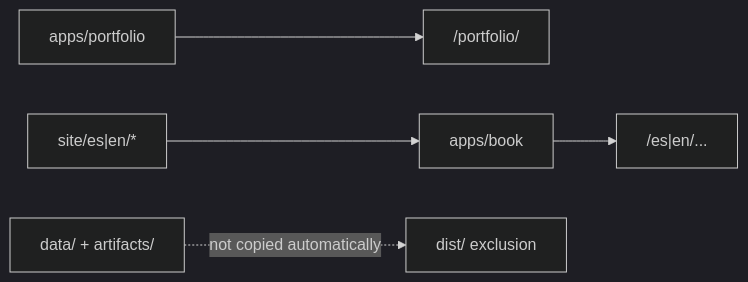
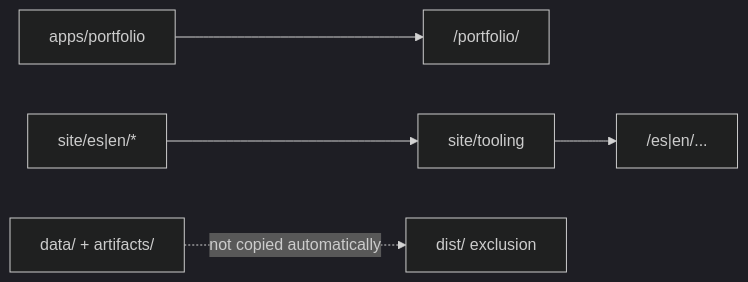
Before and after one commit to 714k/principal-accelerator-learning-path: the diagram in site/shared/diagrams/PA-S001/p0-publication-flow.mmd, drawn with Mermaid (dark theme). The commit also changed 52 other files, not shown here.

```diff
--- a/site/shared/diagrams/PA-S001/p0-publication-flow.mmd
+++ b/site/shared/diagrams/PA-S001/p0-publication-flow.mmd
@@ -1,5 +1,5 @@
 flowchart LR
   portfolio["apps/portfolio"] --> portfolioRoute["/portfolio/"]
-  content["site/es|en/*"] --> book["apps/book"]
-  book --> learningRoutes["/es|en/..."]
+  content["site/es|en/*"] --> tooling["site/tooling"]
+  tooling --> learningRoutes["/es|en/..."]
   private["data/ + artifacts/"] -. "not copied automatically" .-> excluded["dist/ exclusion"]
```
